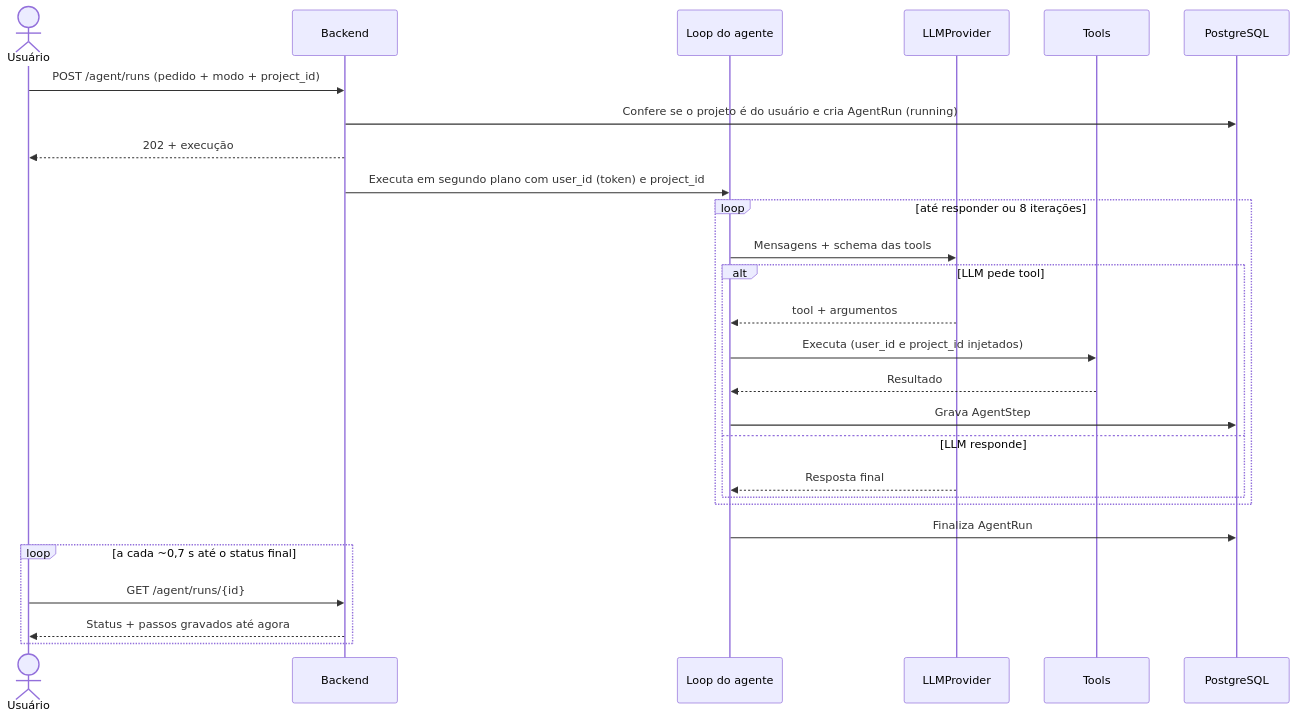
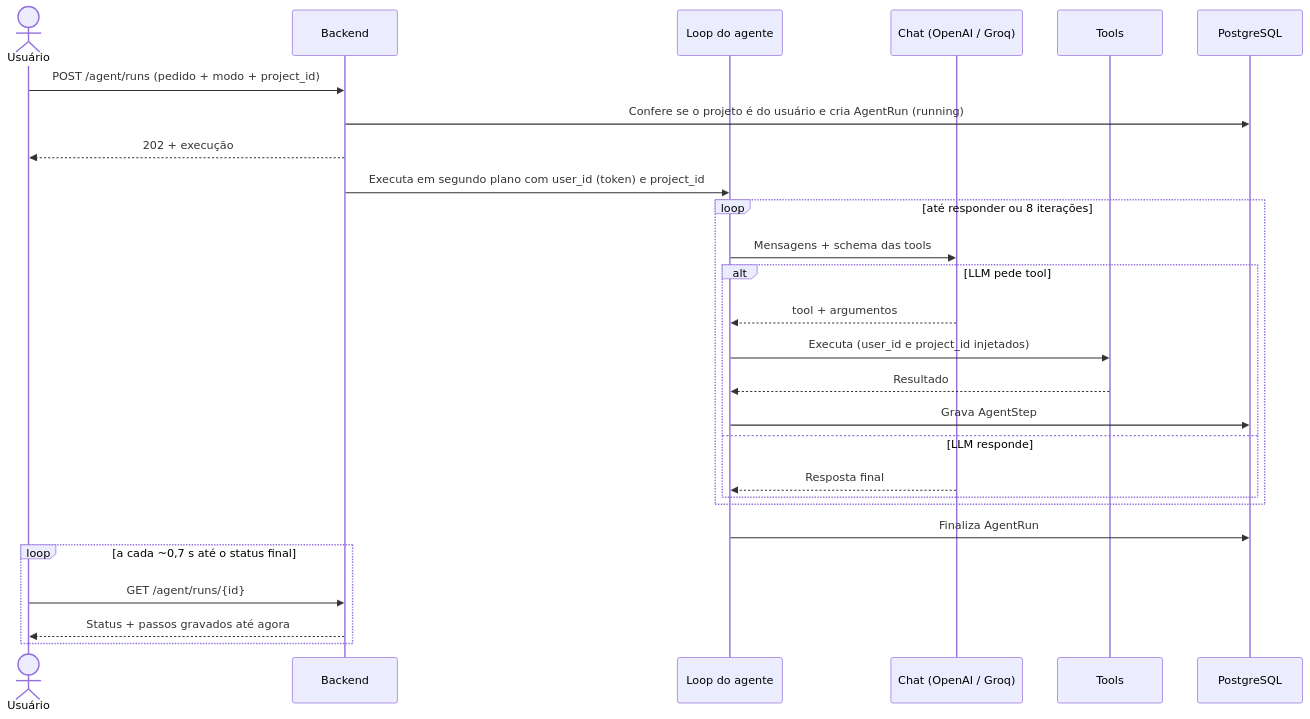
Before and after one commit to JonasRocha189/postpilot-ai: the first of 2 diagrams in _docs/agente-e-rag.md, drawn with Mermaid. The commit also changed other lines of this file and 3 other files, not shown here.

````diff
--- a/_docs/agente-e-rag.md
+++ b/_docs/agente-e-rag.md
@@ -26,30 +37,30 @@
 ```mermaid
 sequenceDiagram
     actor U as Usuário
     participant API as Backend
     participant A as Loop do agente
-    participant LLM as LLMProvider
+    participant LLM as Chat (OpenAI / Groq)
     participant T as Tools
     participant DB as PostgreSQL
 
     U->>API: POST /agent/runs (pedido + modo + project_id)
     API->>DB: Confere se o projeto é do usuário e cria AgentRun (running)
     API-->>U: 202 + execução
     API->>A: Executa em segundo plano com user_id (token) e project_id
     loop até responder ou 8 iterações
         A->>LLM: Mensagens + schema das tools
         alt LLM pede tool
             LLM-->>A: tool + argumentos
             A->>T: Executa (user_id e project_id injetados)
             T-->>A: Resultado
             A->>DB: Grava AgentStep
         else LLM responde
             LLM-->>A: Resposta final
         end
     end
     A->>DB: Finaliza AgentRun
     loop a cada ~0,7 s até o status final
         U->>API: GET /agent/runs/{id}
         API-->>U: Status + passos gravados até agora
     end
 ```
````
